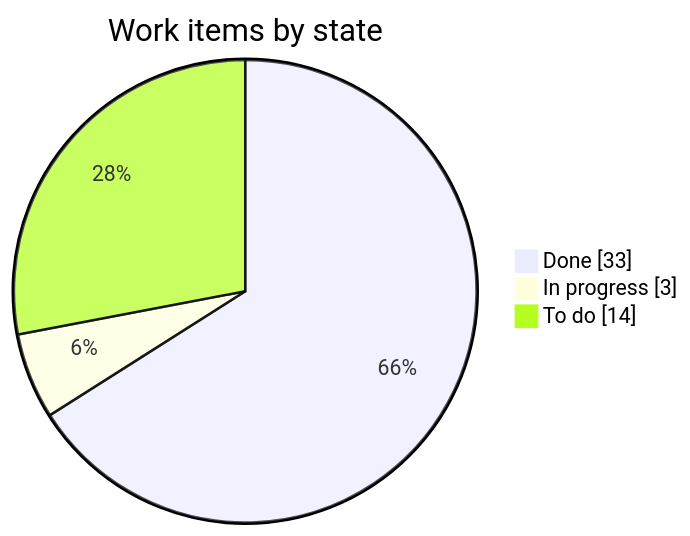
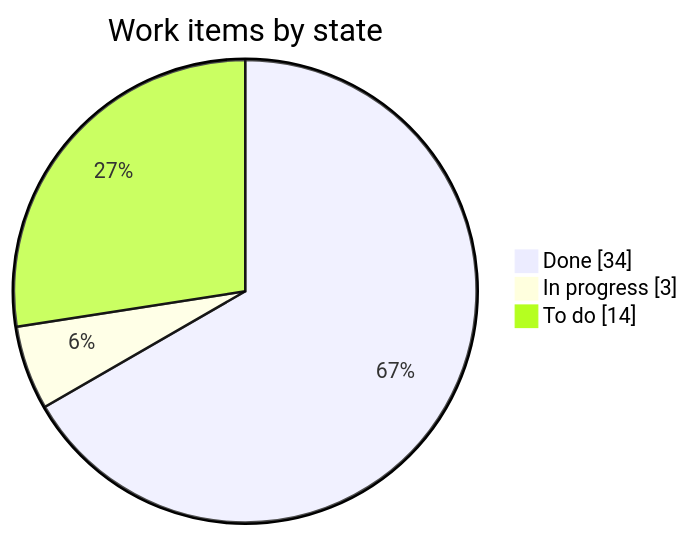
One commit to LoMagnette/ghost-light changed the first of 2 diagrams in STATUS.md. Above: the diagram before and after it, drawn with Mermaid. The commit also changed other lines of this file, not shown here.

Commit message:
docs(status): Room 6's door

````diff
--- a/STATUS.md
+++ b/STATUS.md
@@ -31,7 +31,7 @@
 ```mermaid
 pie showData
     title Work items by state
-    "Done" : 33
+    "Done" : 34
     "In progress" : 3
     "To do" : 14
 ```
````
